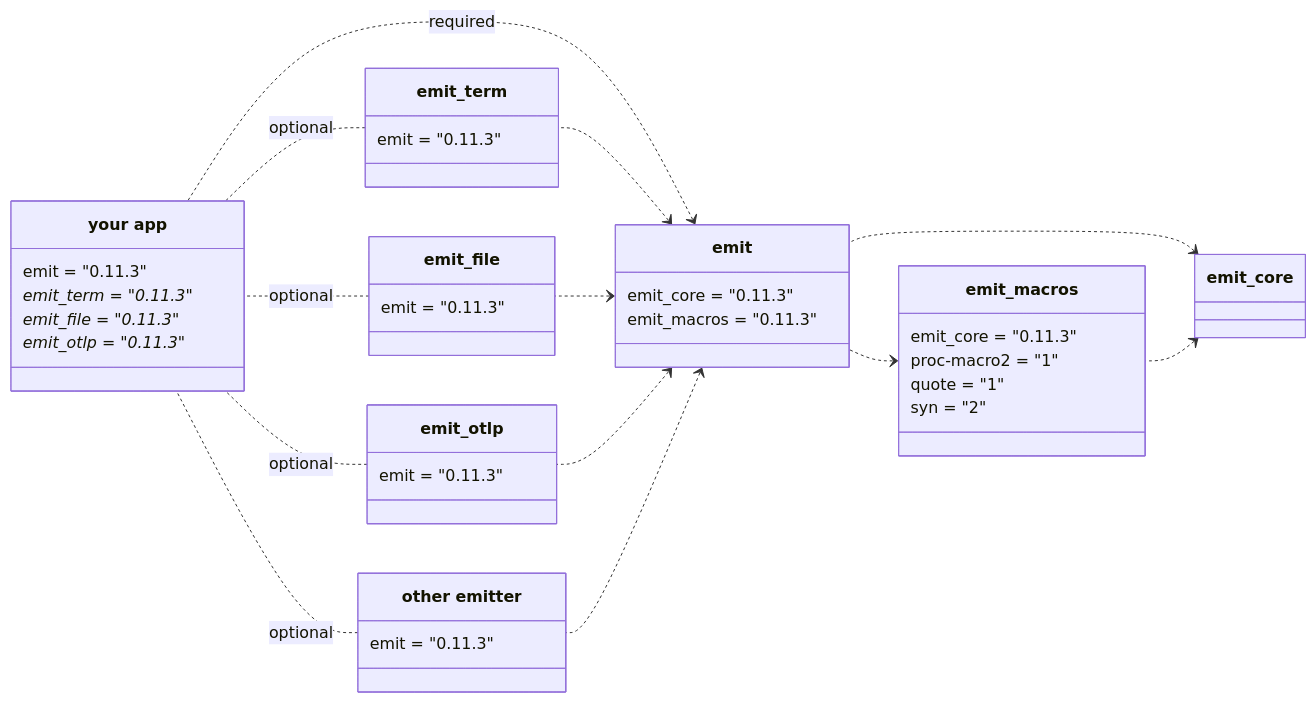
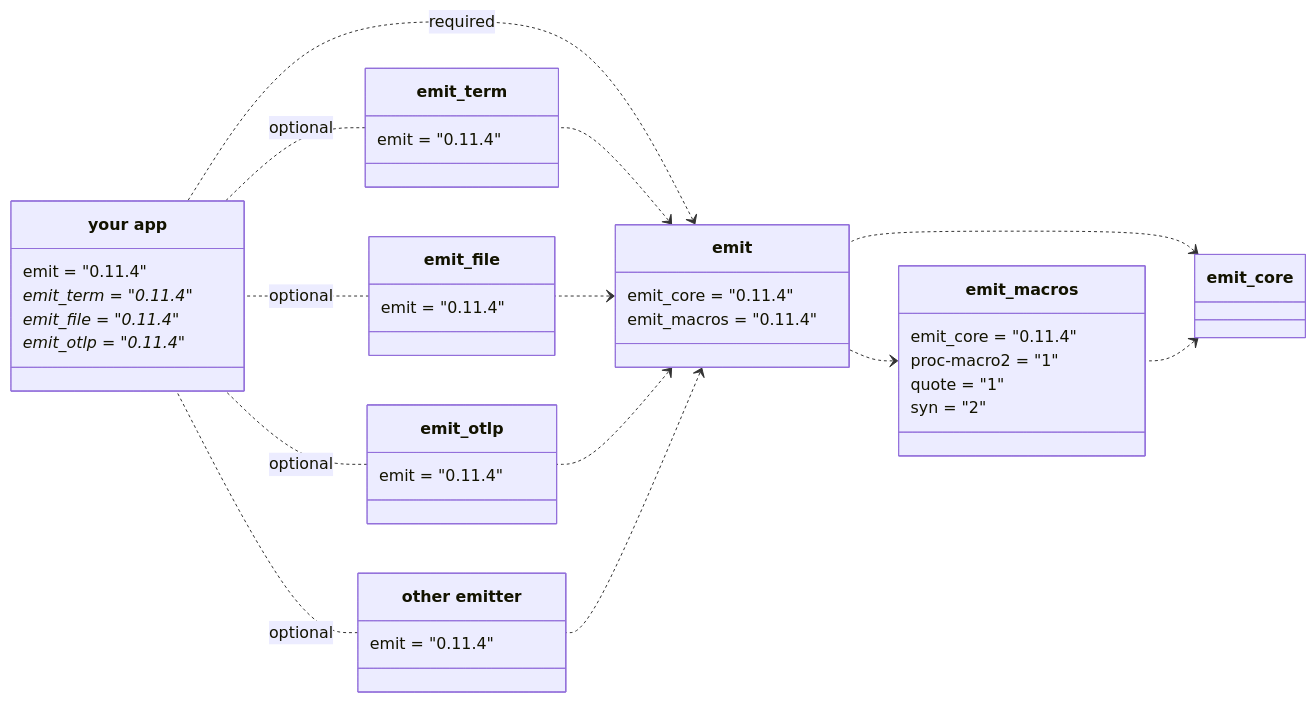
The first of 5 diagrams in book/src/reference/architecture.md (emit-rs/emit), drawn with Mermaid before and after one commit. The commit also changed other lines of this file and 58 other files, not shown here.

````diff
--- a/book/src/reference/architecture.md
+++ b/book/src/reference/architecture.md
@@ -9,62 +9,62 @@
 ```mermaid
 classDiagram
     direction RL
     
     emit_core <.. emit_macros
     emit_core <.. emit
     emit_macros <.. emit
 
     class emit_macros {
-        emit_core = "0.11.3"
+        emit_core = "0.11.4"
         proc-macro2 = "1"
         quote = "1"
         syn = "2"
     }
 
     emit <.. emit_term
     emit <.. emit_file
     emit <.. emit_otlp
     emit <.. emit_custom
 
     emit <.. app : required
 
     class emit {
-        emit_core = "0.11.3"
-        emit_macros = "0.11.3"
+        emit_core = "0.11.4"
+        emit_macros = "0.11.4"
     }
 
     emit_term .. app : optional
     emit_file .. app : optional
     emit_otlp .. app : optional
     emit_custom .. app : optional
 
     class emit_term {
-        emit = "0.11.3"
+        emit = "0.11.4"
     }
 
     class emit_file {
-        emit = "0.11.3"
+        emit = "0.11.4"
     }
 
     class emit_otlp {
-        emit = "0.11.3"
+        emit = "0.11.4"
     }
 
     class emit_custom["other emitter"] {
-        emit = "0.11.3"
+        emit = "0.11.4"
     }
 
     class app["your app"] {
-        emit = "0.11.3"
-        emit_term = "0.11.3"*
-        emit_file = "0.11.3"*
-        emit_otlp = "0.11.3"*
+        emit = "0.11.4"
+        emit_term = "0.11.4"*
+        emit_file = "0.11.4"*
+        emit_otlp = "0.11.4"*
     }
 
-    click emit_core href "https://docs.rs/emit_core/0.11.3/emit_core/index.html"
-    click emit_macros href "https://docs.rs/emit_macros/0.11.3/emit_macros/index.html"
-    click emit href "https://docs.rs/emit/0.11.3/emit/index.html"
-    click emit_term href "https://docs.rs/emit_term/0.11.3/emit_term/index.html"
-    click emit_file href "https://docs.rs/emit_file/0.11.3/emit_file/index.html"
-    click emit_otlp href "https://docs.rs/emit_otlp/0.11.3/emit_otlp/index.html"
+    click emit_core href "https://docs.rs/emit_core/0.11.4/emit_core/index.html"
+    click emit_macros href "https://docs.rs/emit_macros/0.11.4/emit_macros/index.html"
+    click emit href "https://docs.rs/emit/0.11.4/emit/index.html"
+    click emit_term href "https://docs.rs/emit_term/0.11.4/emit_term/index.html"
+    click emit_file href "https://docs.rs/emit_file/0.11.4/emit_file/index.html"
+    click emit_otlp href "https://docs.rs/emit_otlp/0.11.4/emit_otlp/index.html"
 ```
````
